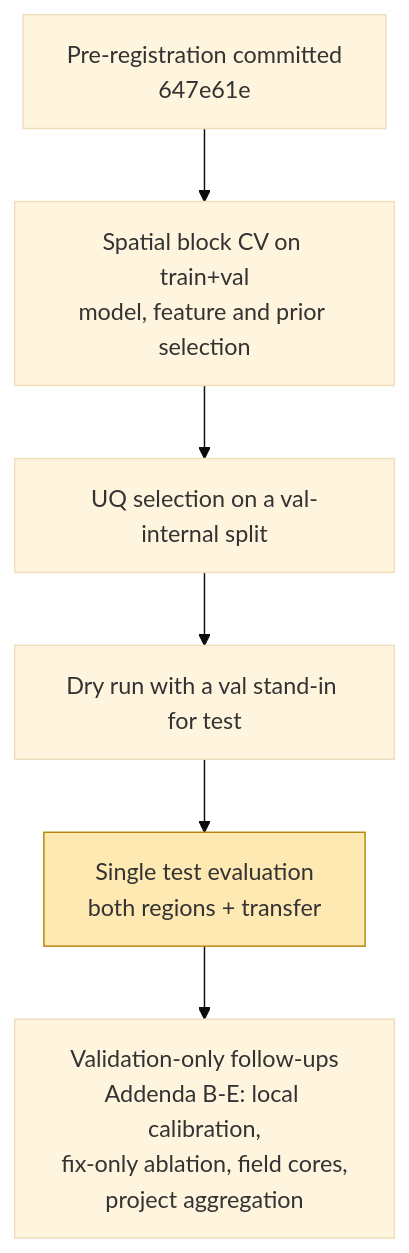
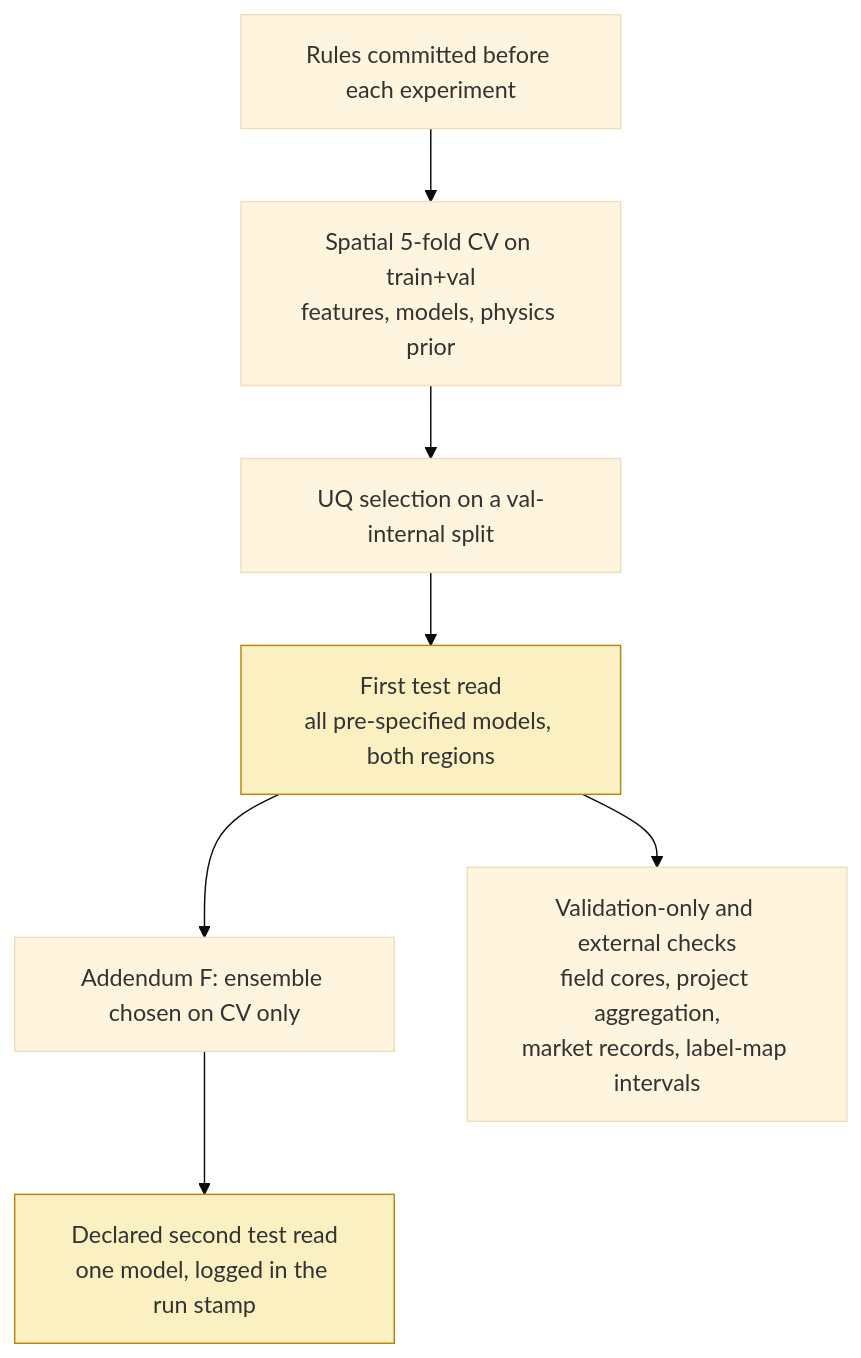
One commit to Nahla-Nabil/PIGNN-UQ changed the second of 2 diagrams in README.md. Above: the diagram before and after it, drawn with Mermaid (base theme). The commit also changed other lines of this file and 13 other files, not shown here.

Commit message:
PIGNN-UQ title; references re-verified (Maxwell et al. label attribution, CCN 2025, Lou DOI, NeurIPS volumes, Plan Vivo replaced by VM0033 buffer clause); label-map interval check; shorter captions; README

````diff
--- a/README.md
+++ b/README.md
@@ -103,9 +116,11 @@
 ```mermaid
 flowchart TD
-    A[Pre-registration committed<br/>647e61e] --> B[Spatial block CV on train+val<br/>model, feature and prior selection]
+    A[Rules committed before each experiment] --> B[Spatial 5-fold CV on train+val<br/>features, models, physics prior]
     B --> C[UQ selection on a val-internal split]
-    C --> D[Dry run with a val stand-in for test]
-    D --> E[Single test evaluation<br/>both regions + transfer]
-    E --> F[Validation-only follow-ups<br/>Addenda B-E: local calibration,<br/>fix-only ablation, field cores,<br/>project aggregation]
-    style E fill:#ffe9b3,stroke:#b8860b
+    C --> D[First test read<br/>all pre-specified models, both regions]
+    D --> F[Addendum F: ensemble chosen on CV only]
+    F --> G[Declared second test read<br/>one model, logged in the run stamp]
+    D --> H[Validation-only and external checks<br/>field cores, project aggregation,<br/>market records, label-map intervals]
+    style D fill:#FBF0C2,stroke:#b8860b
+    style G fill:#FBF0C2,stroke:#b8860b
 ```
````
